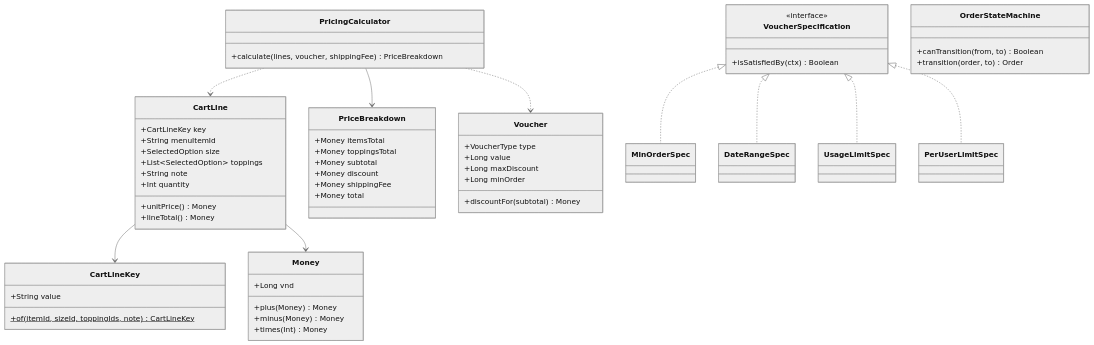
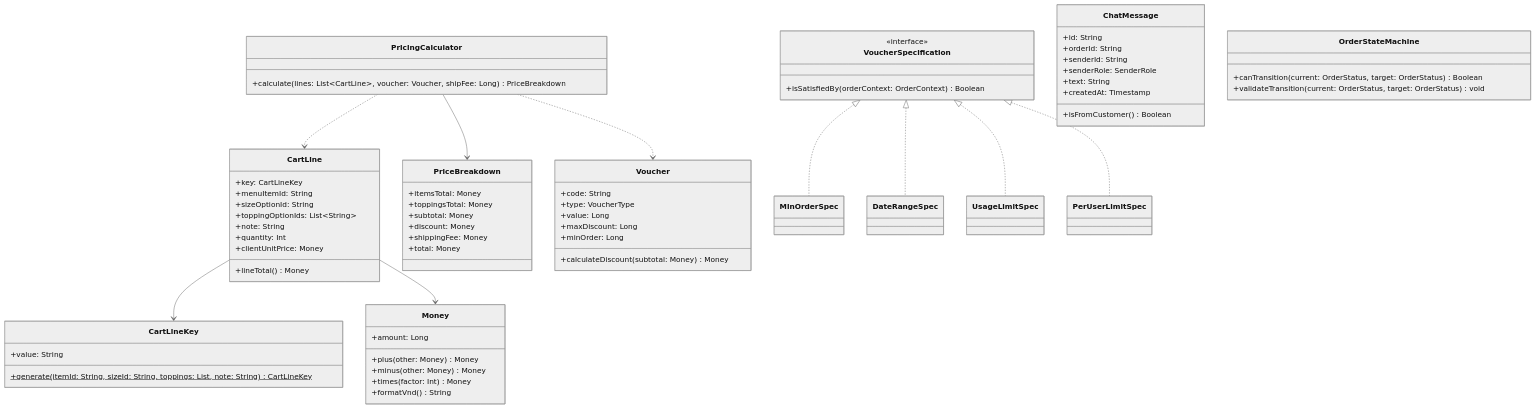
One commit to thanhpino/MobileAppFinalProject-MiaoSong changed the seventh of 10 diagrams in docs/06-state-data-class.md. Above: the diagram before and after it, drawn with Mermaid (neutral theme). The commit also changed other lines of this file and 51 other files, not shown here.

Commit message:
- completed class diagrams - completed activity diagrams - completed use case diagrams - completed test plans - adjusted the sequence diagrams from TMT after changing from vnpay to zalopay, and ggmap to openstreetmap

````diff
--- a/docs/06-state-data-class.md
+++ b/docs/06-state-data-class.md
@@ -275,62 +406,82 @@
 ```mermaid
 classDiagram
     class Money {
-        +Long vnd
-        +plus(Money) Money
-        +minus(Money) Money
-        +times(Int) Money
+        +amount: Long
+        +plus(other: Money) Money
+        +minus(other: Money) Money
+        +times(factor: Int) Money
+        +formatVnd() String
     }
+
+    class CartLineKey {
+        +value: String
+        +generate(itemId: String, sizeId: String, toppings: List, note: String)$ CartLineKey
+    }
+
     class CartLine {
-        +CartLineKey key
-        +String menuItemId
-        +SelectedOption size
-        +List~SelectedOption~ toppings
-        +String note
-        +Int quantity
-        +unitPrice() Money
+        +key: CartLineKey
+        +menuItemId: String
+        +sizeOptionId: String
+        +toppingOptionIds: List~String~
+        +note: String
+        +quantity: Int
+        +clientUnitPrice: Money
         +lineTotal() Money
     }
-    class CartLineKey {
-        +String value
-        +of(itemId, sizeId, toppingIds, note)$ CartLineKey
+
+    class PricingCalculator {
+        +calculate(lines: List~CartLine~, voucher: Voucher, shipFee: Long) PriceBreakdown
     }
-    class PricingCalculator {
-        +calculate(lines, voucher, shippingFee) PriceBreakdown
+
+    class PriceBreakdown {
+        +itemsTotal: Money
+        +toppingsTotal: Money
+        +subtotal: Money
+        +discount: Money
+        +shippingFee: Money
+        +total: Money
     }
-    class PriceBreakdown {
-        +Money itemsTotal
-        +Money toppingsTotal
-        +Money subtotal
-        +Money discount
-        +Money shippingFee
-        +Money total
+
+    class Voucher {
+        +code: String
+        +type: VoucherType
+        +value: Long
+        +maxDiscount: Long
+        +minOrder: Long
+        +calculateDiscount(subtotal: Money) Money
     }
-    class Voucher {
-        +VoucherType type
-        +Long value
-        +Long maxDiscount
-        +Long minOrder
-        +discountFor(subtotal) Money
-    }
+
     class VoucherSpecification {
         <<interface>>
-        +isSatisfiedBy(ctx) Boolean
+        +isSatisfiedBy(orderContext: OrderContext) Boolean
     }
     class MinOrderSpec
     class DateRangeSpec
     class UsageLimitSpec
     class PerUserLimitSpec
+
+    class ChatMessage {
+        +id: String
+        +orderId: String
+        +senderId: String
+        +senderRole: SenderRole
+        +text: String
+        +createdAt: Timestamp
+        +isFromCustomer() Boolean
+    }
+
     class OrderStateMachine {
-        +canTransition(from, to) Boolean
-        +transition(order, to) Order
+        +canTransition(current: OrderStatus, target: OrderStatus) Boolean
+        +validateTransition(current: OrderStatus, target: OrderStatus) void
     }
+
     CartLine --> CartLineKey
     CartLine --> Money
     PricingCalculator ..> CartLine
     PricingCalculator ..> Voucher
     PricingCalculator --> PriceBreakdown
     VoucherSpecification <|.. MinOrderSpec
     VoucherSpecification <|.. DateRangeSpec
     VoucherSpecification <|.. UsageLimitSpec
     VoucherSpecification <|.. PerUserLimitSpec
 ```
````
